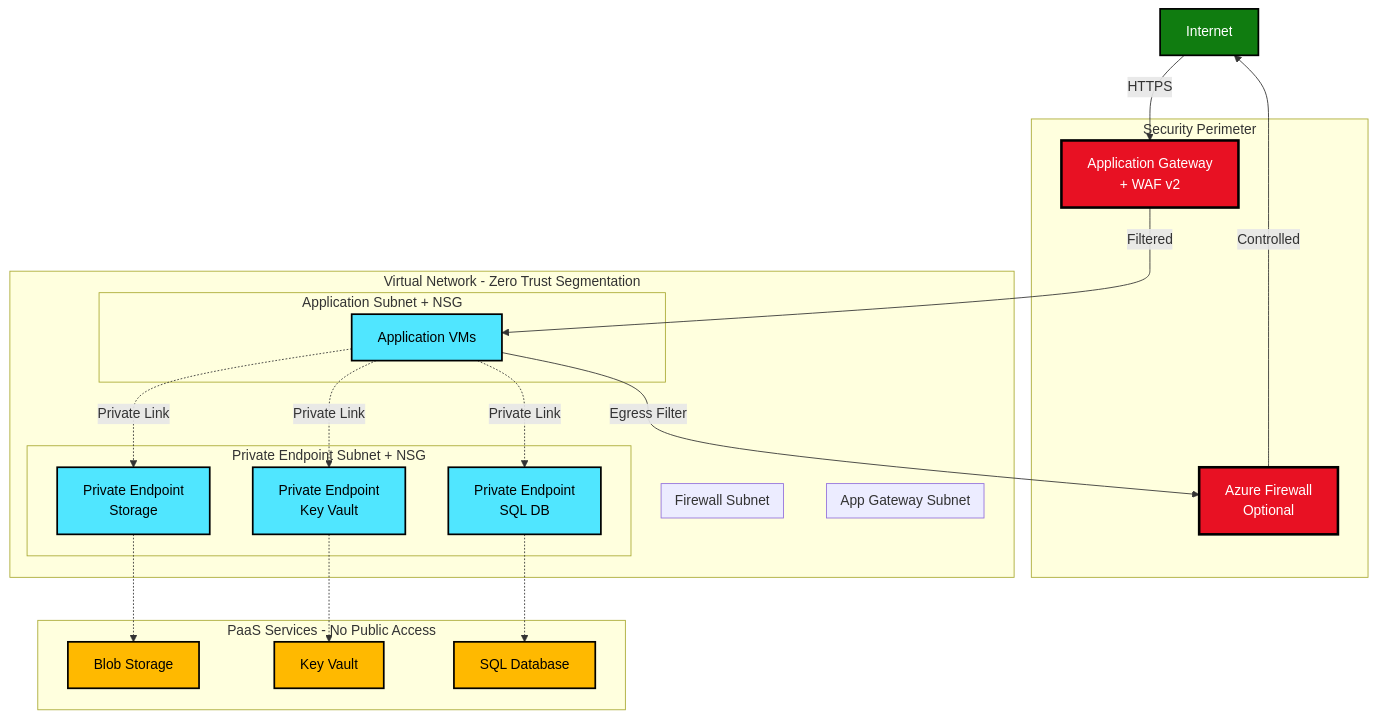
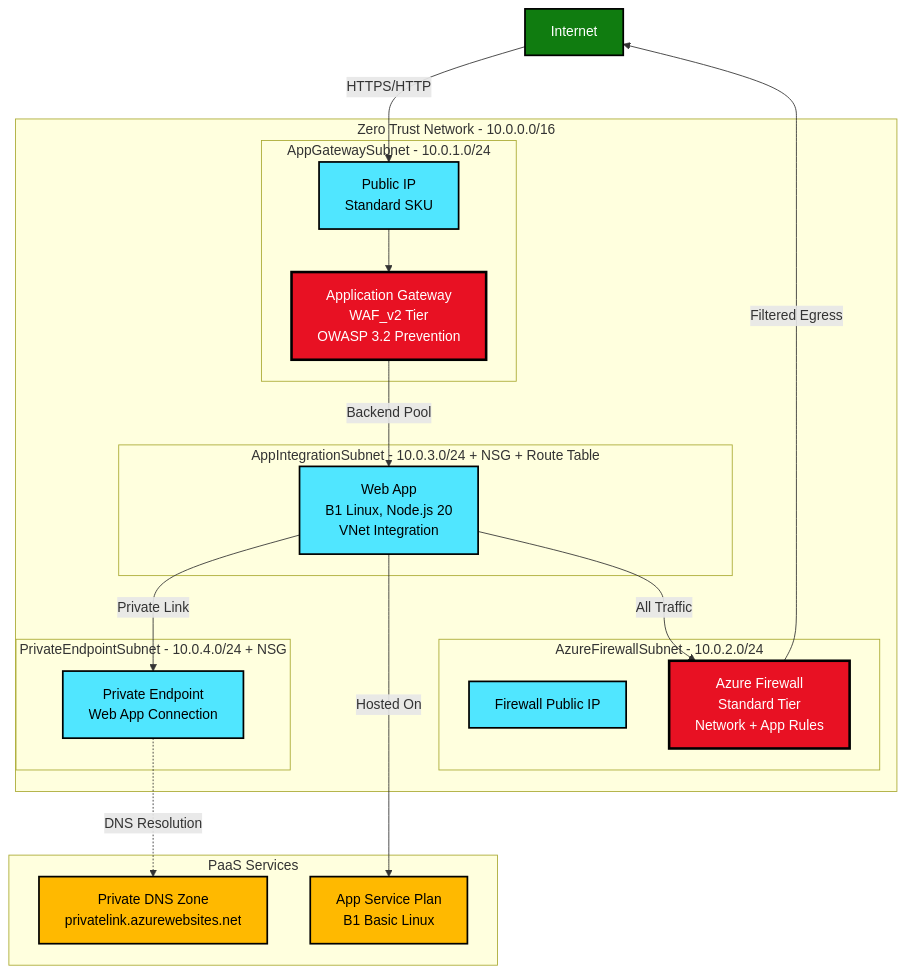
Before and after one commit to chrisdoofer/Azure-Infra-Demos: the diagram in patterns/zero-trust-network/architecture.mmd, drawn with Mermaid. The commit also changed 15 other files, not shown here.

First line of the commit message:
feat: Wave 3 — complete zero-trust-network + microservices-aks

```diff
--- a/patterns/zero-trust-network/architecture.mmd
+++ b/patterns/zero-trust-network/architecture.mmd
@@ -1,56 +1,46 @@
 graph TB
-    Internet[Internet] -->|HTTPS| AGW
+    Internet[Internet] -->|HTTPS/HTTP| AppGwPIP
     
-    subgraph "Security Perimeter"
-        AGW[Application Gateway<br/>+ WAF v2]
-        FW[Azure Firewall<br/>Optional]
-    end
-    
-    subgraph "Virtual Network - Zero Trust Segmentation"
-        subgraph "App Gateway Subnet"
-            AGW
+    subgraph "Zero Trust Network - 10.0.0.0/16"
+        subgraph "AppGatewaySubnet - 10.0.1.0/24"
+            AppGwPIP[Public IP<br/>Standard SKU]
+            AGW[Application Gateway<br/>WAF_v2 Tier<br/>OWASP 3.2 Prevention]
         end
         
-        subgraph "Firewall Subnet"
-            FW
+        subgraph "AzureFirewallSubnet - 10.0.2.0/24"
+            FWPIP[Firewall Public IP]
+            FW[Azure Firewall<br/>Standard Tier<br/>Network + App Rules]
         end
         
-        subgraph "Application Subnet + NSG"
-            APP[Application VMs]
+        subgraph "AppIntegrationSubnet - 10.0.3.0/24 + NSG + Route Table"
+            WEBAPP[Web App<br/>B1 Linux, Node.js 20<br/>VNet Integration]
         end
         
-        subgraph "Private Endpoint Subnet + NSG"
-            PE1[Private Endpoint<br/>Storage]
-            PE2[Private Endpoint<br/>Key Vault]
-            PE3[Private Endpoint<br/>SQL DB]
+        subgraph "PrivateEndpointSubnet - 10.0.4.0/24 + NSG"
+            PE[Private Endpoint<br/>Web App Connection]
         end
     end
     
-    subgraph "PaaS Services - No Public Access"
-        STORAGE[Blob Storage]
-        KV[Key Vault]
-        SQL[SQL Database]
+    subgraph "PaaS Services"
+        ASP[App Service Plan<br/>B1 Basic Linux]
+        PDNS[Private DNS Zone<br/>privatelink.azurewebsites.net]
     end
     
-    AGW -->|Filtered| APP
-    APP -->|Egress Filter| FW
-    FW -->|Controlled| Internet
-    
-    APP -.->|Private Link| PE1
-    APP -.->|Private Link| PE2
-    APP -.->|Private Link| PE3
-    
-    PE1 -.-> STORAGE
-    PE2 -.-> KV
-    PE3 -.-> SQL
+    AppGwPIP --> AGW
+    AGW -->|Backend Pool| WEBAPP
+    WEBAPP -->|Private Link| PE
+    WEBAPP -->|Hosted On| ASP
+    PE -.->|DNS Resolution| PDNS
+    WEBAPP -->|All Traffic| FW
+    FW -->|Filtered Egress| Internet
     
     classDef security fill:#E81123,stroke:#000,stroke-width:3px,color:#fff
     classDef network fill:#50E6FF,stroke:#000,stroke-width:2px,color:#000
     classDef app fill:#0078D4,stroke:#000,stroke-width:2px,color:#fff
     classDef paas fill:#FFB900,stroke:#000,stroke-width:2px,color:#000
     classDef external fill:#107C10,stroke:#000,stroke-width:2px,color:#fff
     
     class AGW,FW security
-    class APP,PE1,PE2,PE3 network
-    class STORAGE,KV,SQL paas
+    class WEBAPP,PE,AppGwPIP,FWPIP network
+    class ASP,PDNS paas
     class Internet external
```
